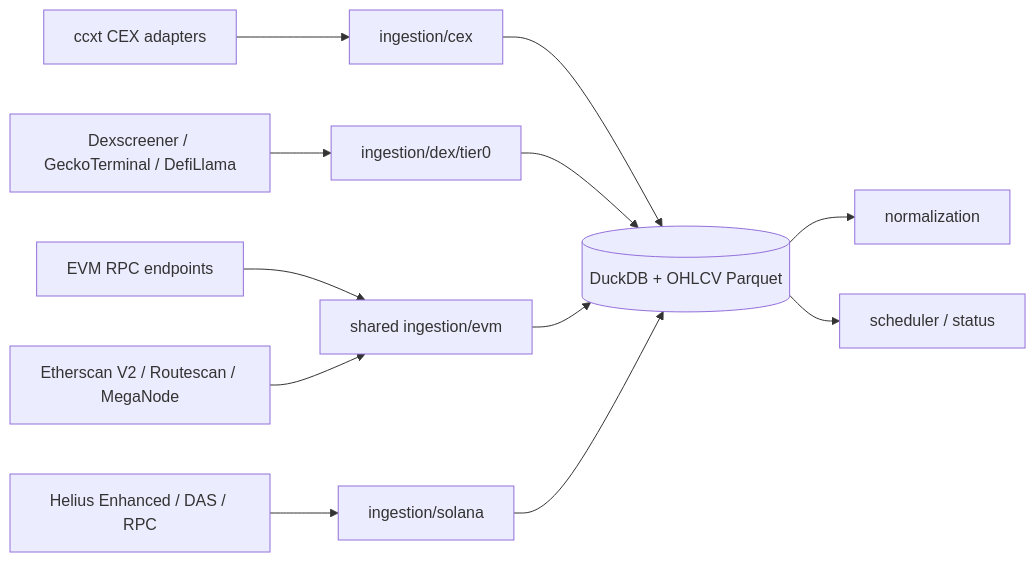
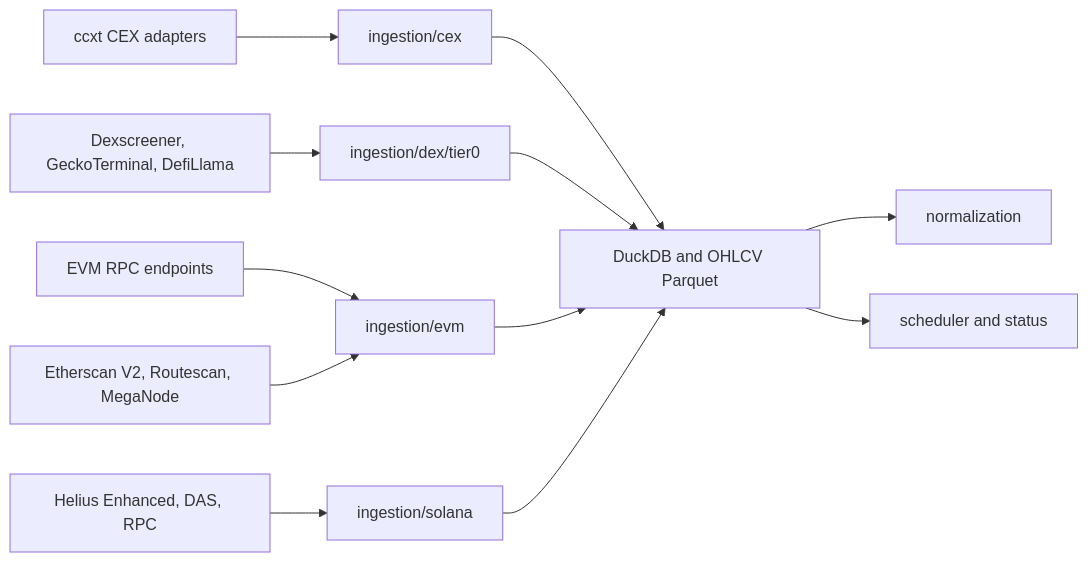
Before and after one commit to JackSmack1971/ccxt-crypto-pipeline: the diagram in README.md, drawn with Mermaid.

Commit message:
Fix GitHub Mermaid diagram rendering

````diff
--- a/README.md
+++ b/README.md
@@ -81,14 +81,14 @@
 ```mermaid
-flowchart LR
-  CEX[ccxt CEX adapters] --> CEXJ[ingestion/cex]
-  AGG[Dexscreener / GeckoTerminal / DefiLlama] --> T0[ingestion/dex/tier0]
-  RPC[EVM RPC endpoints] --> EVM[shared ingestion/evm]
-  EXP[Etherscan V2 / Routescan / MegaNode] --> EVM
-  SOL[Helius Enhanced / DAS / RPC] --> SOLJ[ingestion/solana]
-  CEXJ --> STORE[(DuckDB + OHLCV Parquet)]
-  T0 --> STORE
-  EVM --> STORE
-  SOLJ --> STORE
-  STORE --> N[normalization]
-  STORE --> S[scheduler / status]
+graph LR
+  cex["ccxt CEX adapters"] --> cex_ingest["ingestion/cex"]
+  aggregators["Dexscreener, GeckoTerminal, DefiLlama"] --> tier0["ingestion/dex/tier0"]
+  rpc["EVM RPC endpoints"] --> evm["ingestion/evm"]
+  explorers["Etherscan V2, Routescan, MegaNode"] --> evm
+  solana_providers["Helius Enhanced, DAS, RPC"] --> solana["ingestion/solana"]
+  cex_ingest --> storage["DuckDB and OHLCV Parquet"]
+  tier0 --> storage
+  evm --> storage
+  solana --> storage
+  storage --> normalization
+  storage --> scheduler["scheduler and status"]
 ```
````
